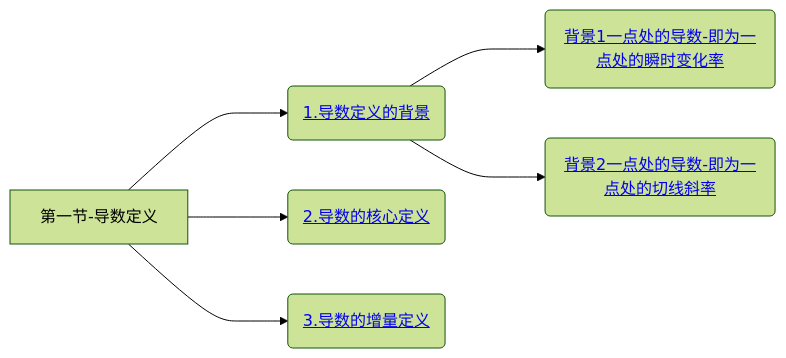
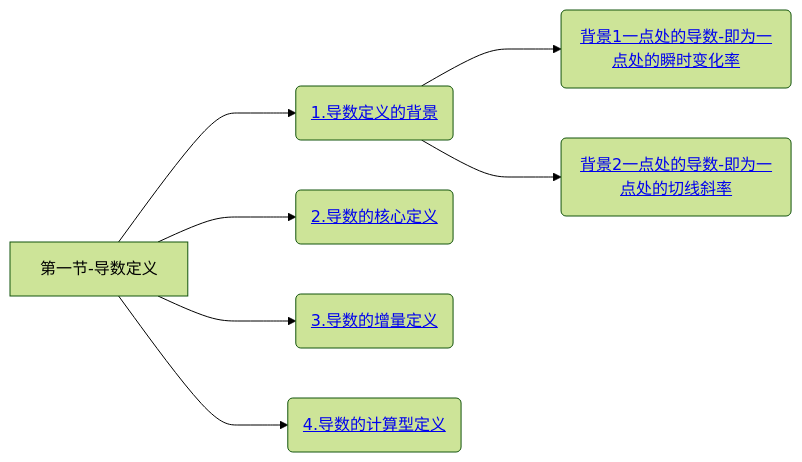
Before and after one commit to yuebinghui/note: diagram 11 of 11 in 笔记/数学/周洋鑫/01.基础班思维导图.md, drawn with Mermaid (forest theme). The commit also changed 15 other files, not shown here.

````diff
--- a/笔记/数学/周洋鑫/01.基础班思维导图.md
+++ b/笔记/数学/周洋鑫/01.基础班思维导图.md
@@ -400,11 +400,12 @@
 ```mermaid
 graph LR
 第一节-导数定义
 
 第一节-导数定义--->1.导数定义的背景(<a href="/Users/yuebinghui/Documents/program/github/note/笔记/数学/周洋鑫/基础班/10.连续与间断_导数定义_1.md#1.导数定义的背景">1.导数定义的背景</>)
 1.导数定义的背景--->背景1一点处的导数-即为一点处的瞬时变化率(<a href="/Users/yuebinghui/Documents/program/github/note/笔记/数学/周洋鑫/基础班/10.连续与间断_导数定义_1.md#背景1一点处的导数-即为一点处的瞬时变化率">背景1一点处的导数-即为一点处的瞬时变化率</>)
 1.导数定义的背景--->背景2一点处的导数-即为一点处的切线斜率(<a href="/Users/yuebinghui/Documents/program/github/note/笔记/数学/周洋鑫/基础班/10.连续与间断_导数定义_1.md#背景2一点处的导数-即为一点处的切线斜率">背景2一点处的导数-即为一点处的切线斜率</>)
 
 第一节-导数定义--->2.导数的核心定义(<a href="/Users/yuebinghui/Documents/program/github/note/笔记/数学/周洋鑫/基础班/10.连续与间断_导数定义_1.md#2.导数的核心定义">2.导数的核心定义</>)
 第一节-导数定义--->3.导数的增量定义(<a href="/Users/yuebinghui/Documents/program/github/note/笔记/数学/周洋鑫/基础班/10.连续与间断_导数定义_1.md#3.导数的增量定义">3.导数的增量定义</>)
+第一节-导数定义--->4.导数的计算型定义(<a href="/Users/yuebinghui/Documents/program/github/note/笔记/数学/周洋鑫/基础班/10.连续与间断_导数定义_1.md#4.导数的计算型定义">4.导数的计算型定义</>)
 ```
````
